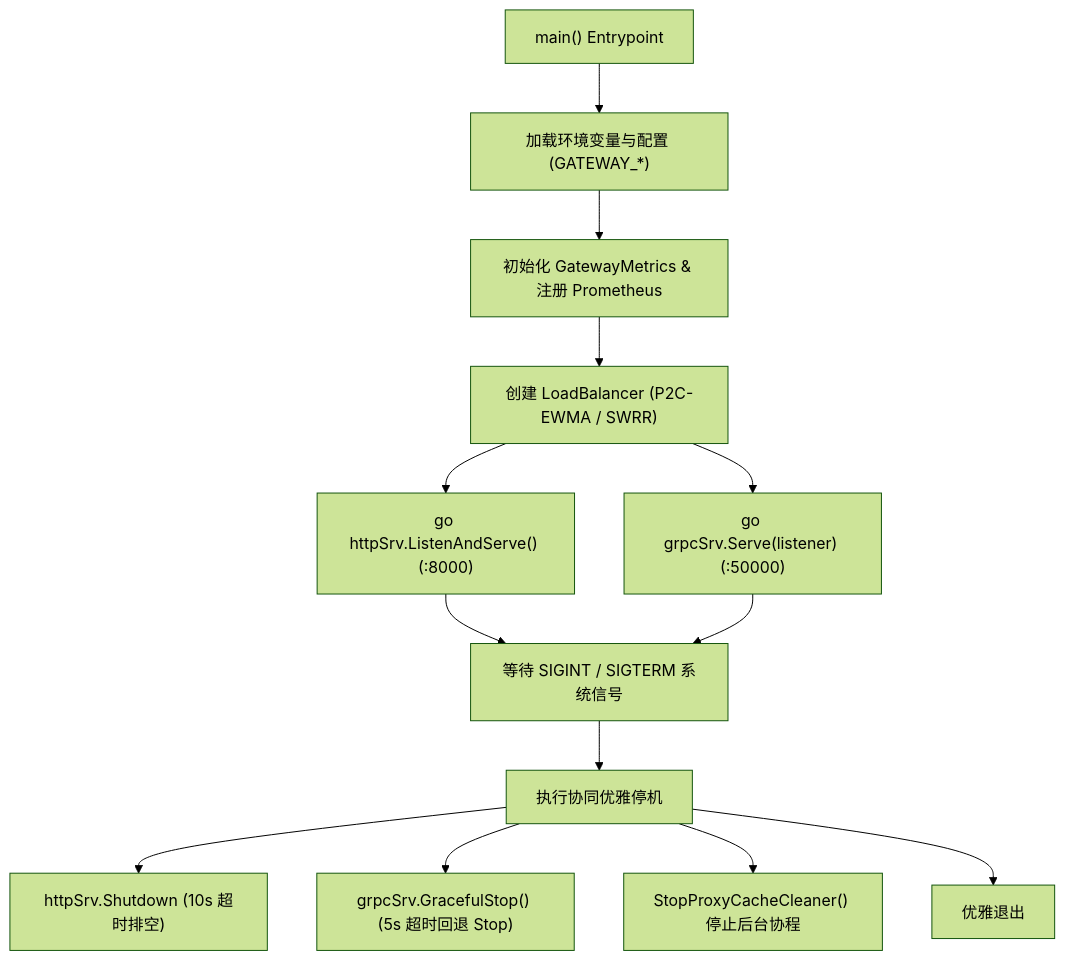
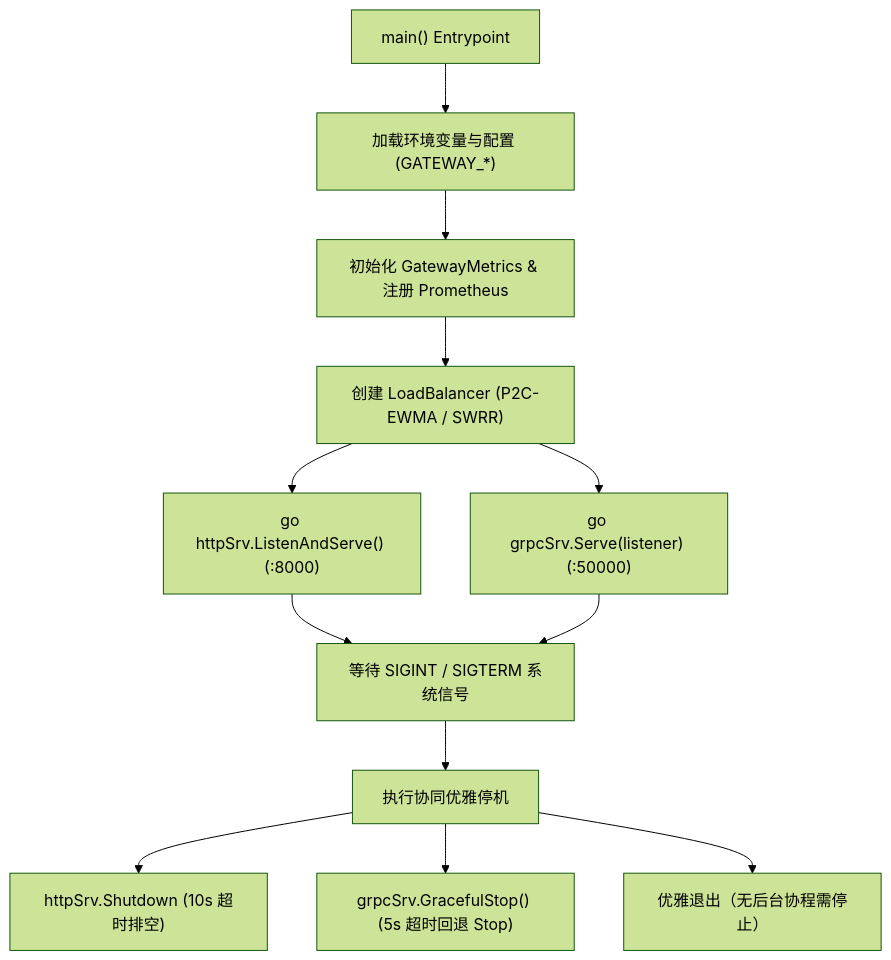
Before and after one commit to fengzhizi319/PrivShield: diagram 11 of 21 in docs/gateway_balancer/design.md, drawn with Mermaid (forest theme). The commit also changed other lines of this file and 12 other files, not shown here.

````diff
--- a/docs/gateway_balancer/design.md
+++ b/docs/gateway_balancer/design.md
@@ -906,17 +907,16 @@
 ```mermaid
 flowchart TB
     Main["main() Entrypoint"] --> LoadConfig["加载环境变量与配置 (GATEWAY_*)"]
     LoadConfig --> InitMetrics["初始化 GatewayMetrics & 注册 Prometheus"]
     InitMetrics --> InitLB["创建 LoadBalancer (P2C-EWMA / SWRR)"]
     InitLB --> GoHTTP["go httpSrv.ListenAndServe() (:8000)"]
     InitLB --> GoGRPC["go grpcSrv.Serve(listener) (:50000)"]
     
     GoHTTP --> WaitSignal["等待 SIGINT / SIGTERM 系统信号"]
     GoGRPC --> WaitSignal
     
     WaitSignal --> Shutdown["执行协同优雅停机"]
     Shutdown --> StopHTTP["httpSrv.Shutdown (10s 超时排空)"]
     Shutdown --> StopGRPC["grpcSrv.GracefulStop() (5s 超时回退 Stop)"]
-    Shutdown --> StopCleaner["StopProxyCacheCleaner() 停止后台协程"]
-    Shutdown --> Exit["优雅退出"]
+    Shutdown --> Exit["优雅退出（无后台协程需停止）"]
 ```
````
